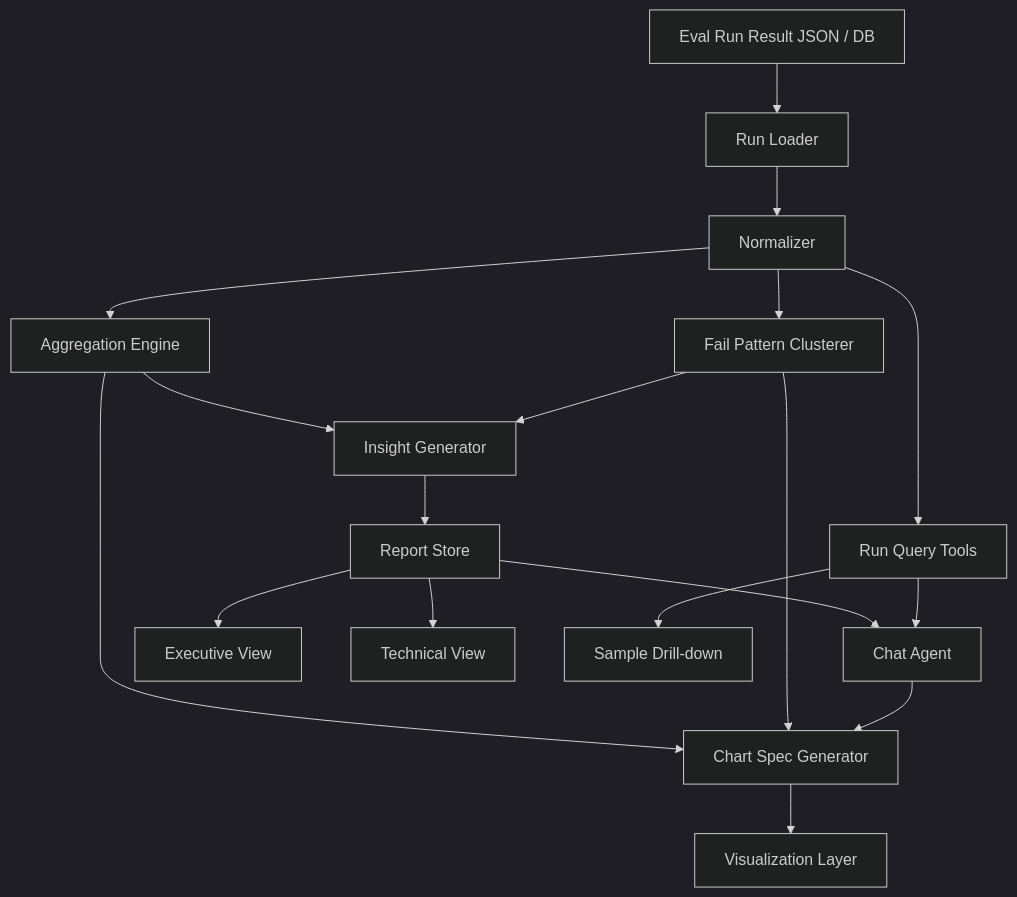
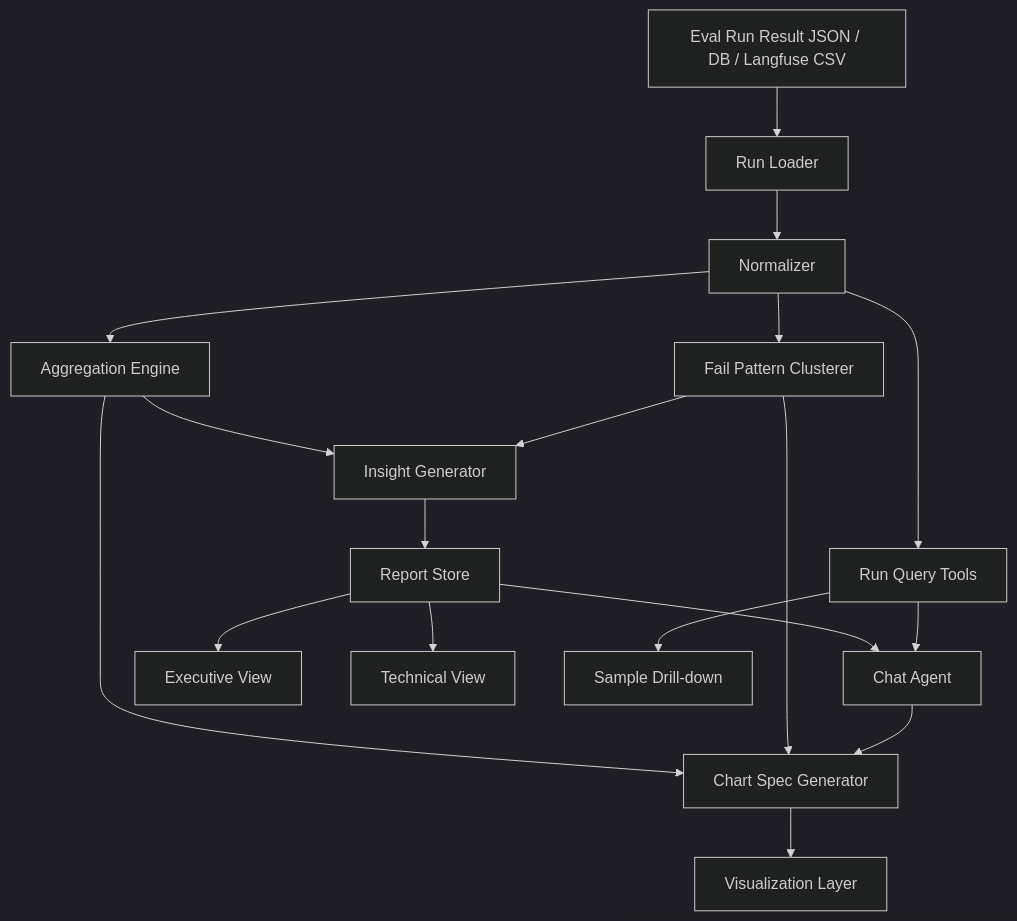
Before and after one commit to tnsonlahh/Evaluation_Summarizer: the diagram in agent_evaluation_summarizer_mvp_spec.md, drawn with Mermaid (dark theme). The commit also changed other lines of this file and 3 other files, not shown here.

````diff
--- a/agent_evaluation_summarizer_mvp_spec.md
+++ b/agent_evaluation_summarizer_mvp_spec.md
@@ -306,23 +467,23 @@
 ```mermaid
 flowchart TD
-    A[Eval Run Result JSON / DB] --> B[Run Loader]
+    A[Eval Run Result JSON / DB / Langfuse CSV] --> B[Run Loader]
     B --> C[Normalizer]
     C --> D[Aggregation Engine]
     C --> E[Fail Pattern Clusterer]
     D --> F[Insight Generator]
     E --> F
     F --> G[Report Store]
 
     C --> H[Run Query Tools]
     G --> I[Chat Agent]
     H --> I
 
     D --> J[Chart Spec Generator]
     E --> J
     I --> J
 
     G --> K[Executive View]
     G --> L[Technical View]
     J --> M[Visualization Layer]
     H --> N[Sample Drill-down]
 ```
````
